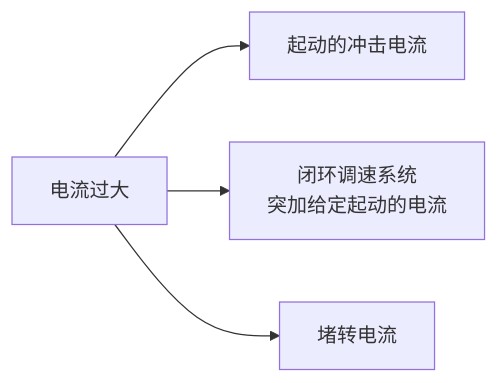
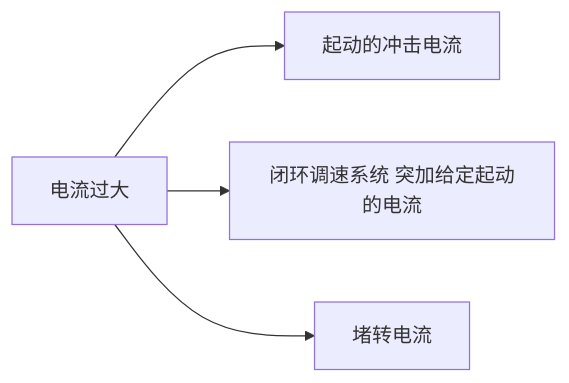
The diagram in src/site/notes/直流电机的电流截止负反馈.md (UNLINEARITY/Atlas-of-Control-and-AI), drawn with Mermaid before and after one commit. The commit also changed other lines of this file and 62 other files, not shown here.

````diff
--- a/src/site/notes/直流电机的电流截止负反馈.md
+++ b/src/site/notes/直流电机的电流截止负反馈.md
@@ -9,4 +9,4 @@
 ```mermaid  
  graph LR 
-	  电流过大 --> 起动的冲击电流 & 1["闭环调速系统\n 突加给定起动的电流"] & 堵转电流
+	  电流过大 --> 起动的冲击电流 & 1["闭环调速系统 突加给定起动的电流"] & 堵转电流
 ```
````
